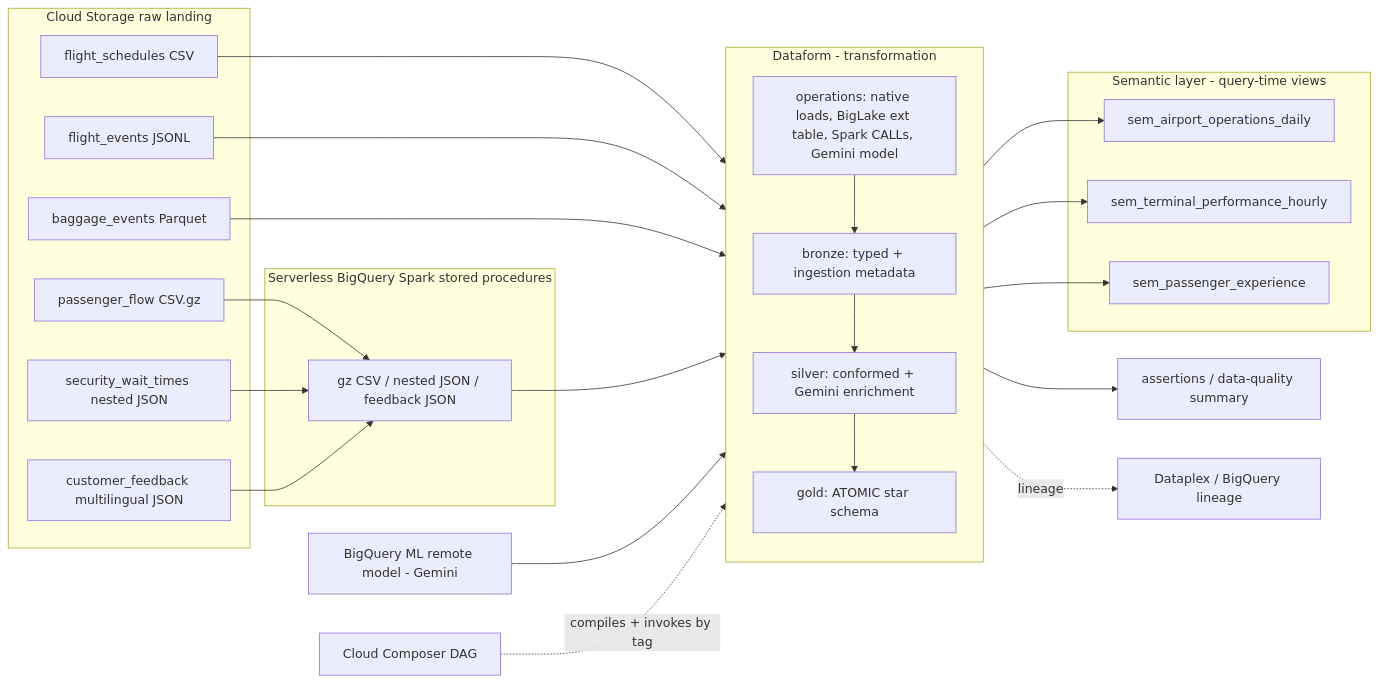
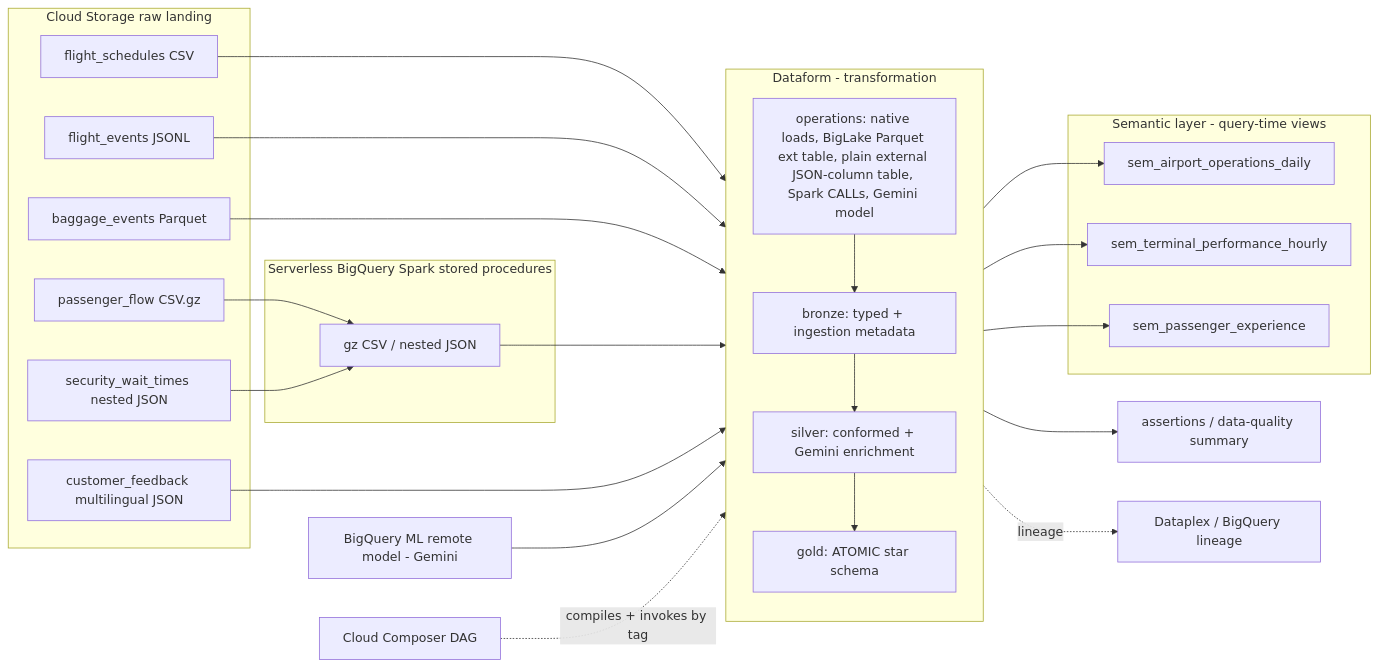
The diagram in docs/architecture.md (johanesalxd/airport-ops-lakehouse-demo), drawn with Mermaid before and after one commit. The commit also changed other lines of this file and 5 other files, not shown here.

First line of the commit message:
feat(feedback): external table w/ native JSON column + bronze view (anti-pattern)

````diff
--- a/docs/architecture.md
+++ b/docs/architecture.md
@@ -24,43 +25,43 @@
 ```mermaid
 flowchart LR
   subgraph GCS[Cloud Storage raw landing]
     A1[flight_schedules CSV]
     A2[flight_events JSONL]
     A3[baggage_events Parquet]
     A4[passenger_flow CSV.gz]
     A5[security_wait_times nested JSON]
     A6[customer_feedback multilingual JSON]
   end
 
   subgraph SPARK[Serverless BigQuery Spark stored procedures]
-    SP[gz CSV / nested JSON / feedback JSON]
+    SP[gz CSV / nested JSON]
   end
 
   subgraph DF[Dataform - transformation]
     direction TB
-    OPS[operations: native loads, BigLake ext table, Spark CALLs, Gemini model] --> BRZ[bronze: typed + ingestion metadata]
+    OPS[operations: native loads, BigLake Parquet ext table, plain external JSON-column table, Spark CALLs, Gemini model] --> BRZ[bronze: typed + ingestion metadata]
     BRZ --> SLV[silver: conformed + Gemini enrichment]
     SLV --> GOLD[gold: ATOMIC star schema]
   end
 
   subgraph SEM[Semantic layer - query-time views]
     V1[sem_airport_operations_daily]
     V2[sem_terminal_performance_hourly]
     V3[sem_passenger_experience]
   end
 
   A1 --> OPS
   A2 --> OPS
   A3 --> OPS
   A4 --> SP --> OPS
   A5 --> SP
-  A6 --> SP
+  A6 --> OPS
   GEM[BigQuery ML remote model - Gemini] --> SLV
   GOLD --> V1
   GOLD --> V2
   GOLD --> V3
   GOLD --> ASSERT[assertions / data-quality summary]
 
   COMPOSER[Cloud Composer DAG] -. compiles + invokes by tag .-> DF
   DF -. lineage .-> DPLX[Dataplex / BigQuery lineage]
 ```
````
